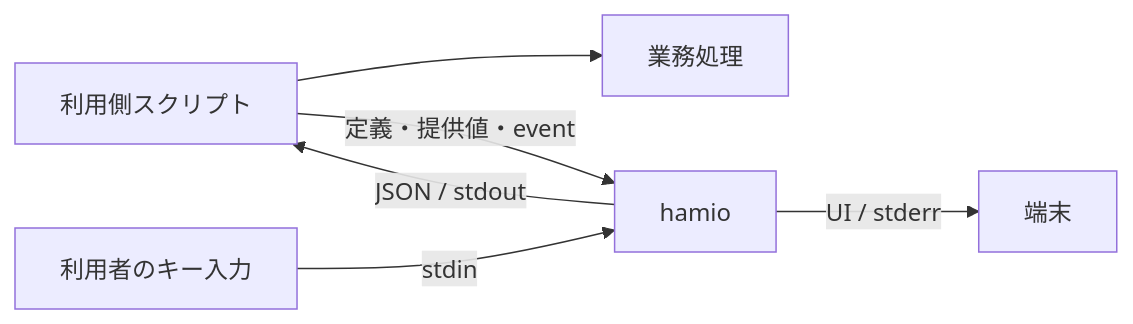
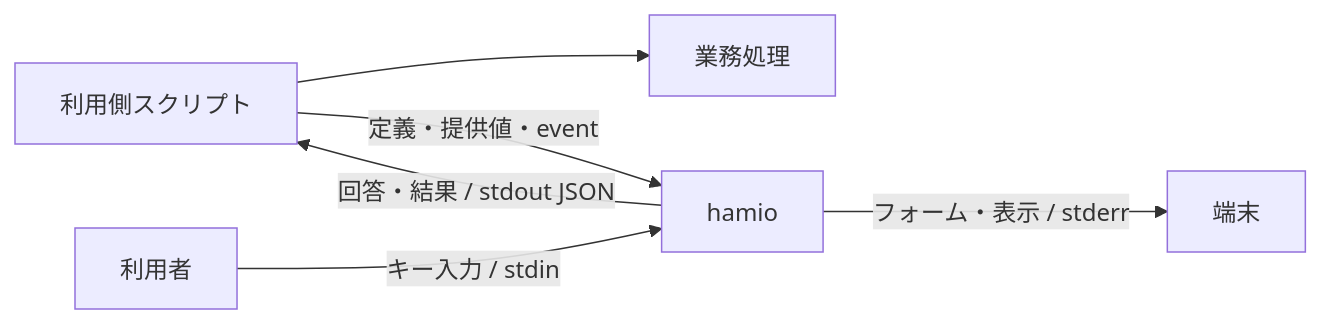
Before and after one commit to 9uiLe/hamio: the diagram in docs/design.md, drawn with Mermaid. The commit also changed other lines of this file and 17 other files, not shown here.

````diff
--- a/docs/design.md
+++ b/docs/design.md
@@ -58,8 +66,8 @@
 ```mermaid
 flowchart LR
-    U["利用側スクリプト"] --> B["業務処理"]
-    U -->|"定義・提供値・event"| H["hamio"]
-    K["利用者のキー入力"] -->|"stdin"| H
-    H -->|"JSON / stdout"| U
-    H -->|"UI / stderr"| T["端末"]
+    S[利用側スクリプト] --> B[業務処理]
+    S -->|定義・提供値・event| H[hamio]
+    U[利用者] -->|キー入力 / stdin| H
+    H -->|回答・結果 / stdout JSON| S
+    H -->|フォーム・表示 / stderr| T[端末]
 ```
````
